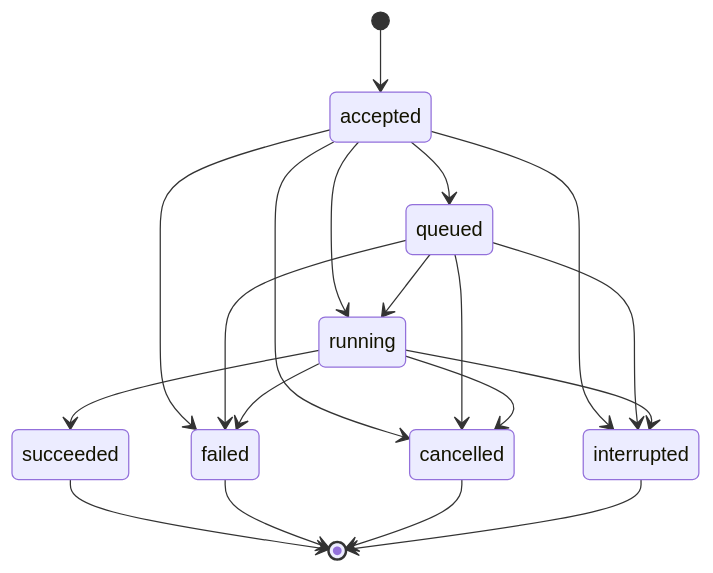
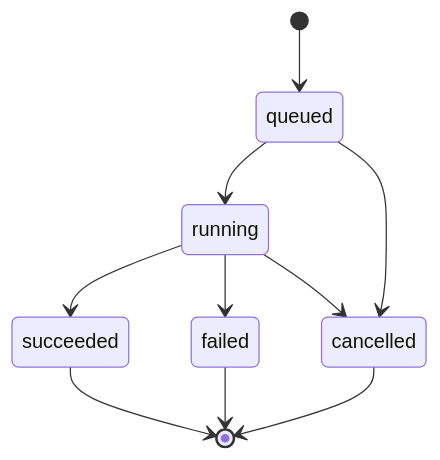
Before and after one commit to LTThreeComma/agent-foundation: the third of 3 diagrams in spec/agent-ui/05-runtime-subagents-and-surfaces.md, drawn with Mermaid. The commit also changed other lines of this file and 132 other files, not shown here.

````diff
--- a/spec/agent-ui/05-runtime-subagents-and-surfaces.md
+++ b/spec/agent-ui/05-runtime-subagents-and-surfaces.md
@@ -337,22 +180,12 @@
 ```mermaid
 stateDiagram-v2
-    [*] --> accepted
-    accepted --> queued
-    accepted --> running
-    accepted --> failed
-    accepted --> cancelled
-    accepted --> interrupted
+    [*] --> queued
     queued --> running
-    queued --> failed
     queued --> cancelled
-    queued --> interrupted
     running --> succeeded
     running --> failed
     running --> cancelled
-    running --> interrupted
-
     succeeded --> [*]
     failed --> [*]
     cancelled --> [*]
-    interrupted --> [*]
 ```
````
